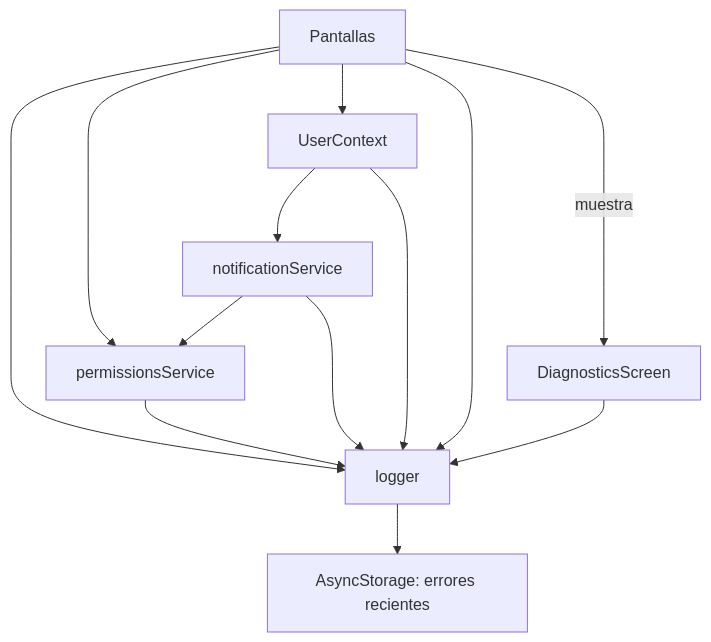
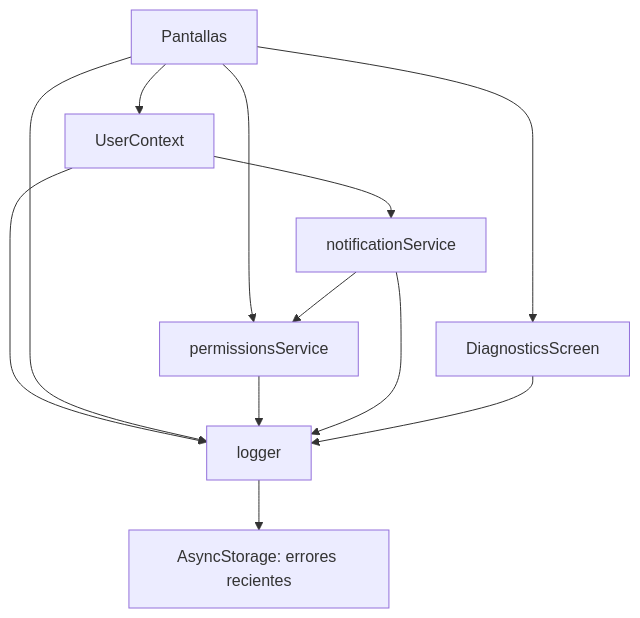
The second of 2 diagrams in README.md (NicoleSL37/FoodPlannerApp), drawn with Mermaid before and after one commit. The commit also changed other lines of this file, not shown here.

````diff
--- a/README.md
+++ b/README.md
@@ -139,15 +98,14 @@
 ```mermaid
 flowchart TD
-    S[Pantallas] --> UC[UserContext]
-    S --> PS[permissionsService]
-    S --> L[logger]
-    UC --> NS[notificationService]
-    NS --> PS
-    PS --> L
-    NS --> L
-    UC --> L
-    S --> L
-    L --> LS[AsyncStorage: errores recientes]
-    S -->|muestra| DG[DiagnosticsScreen]
-    DG --> L
+    SC[Pantallas] --> UC[UserContext]
+    SC --> PER[permissionsService]
+    UC --> NOT[notificationService]
+    NOT --> PER
+    UC --> LOG[logger]
+    SC --> LOG
+    PER --> LOG
+    NOT --> LOG
+    LOG --> AS[AsyncStorage: errores recientes]
+    SC --> DG[DiagnosticsScreen]
+    DG --> LOG
 ```
````
